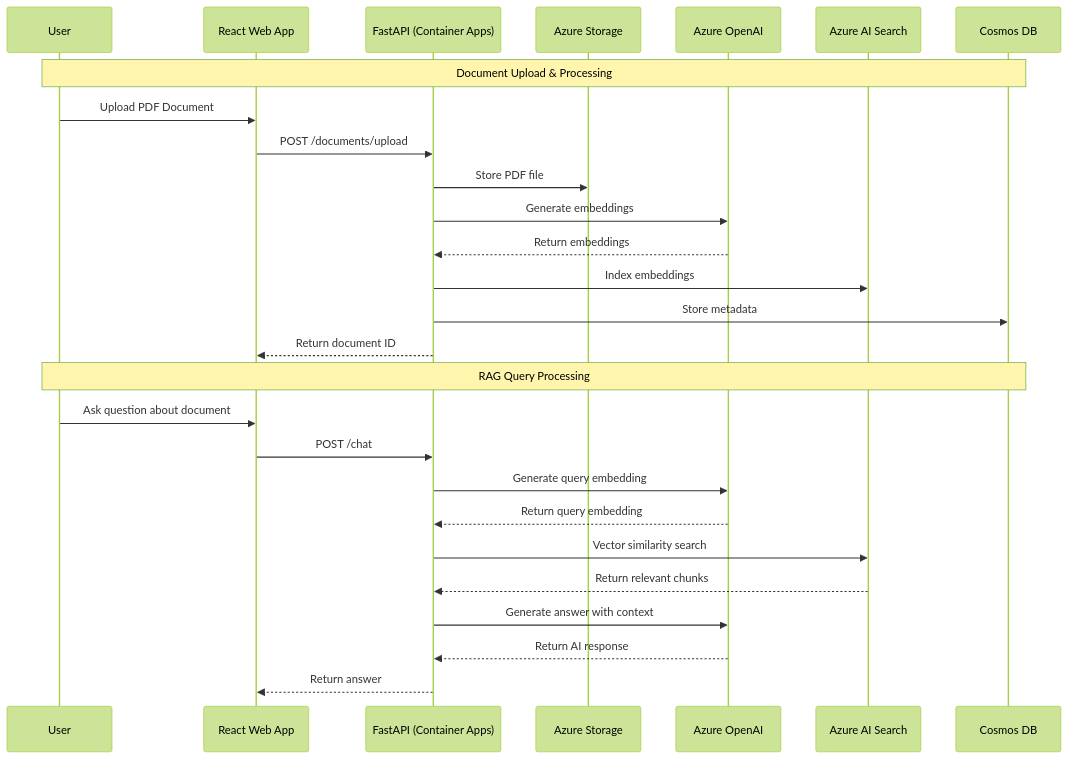
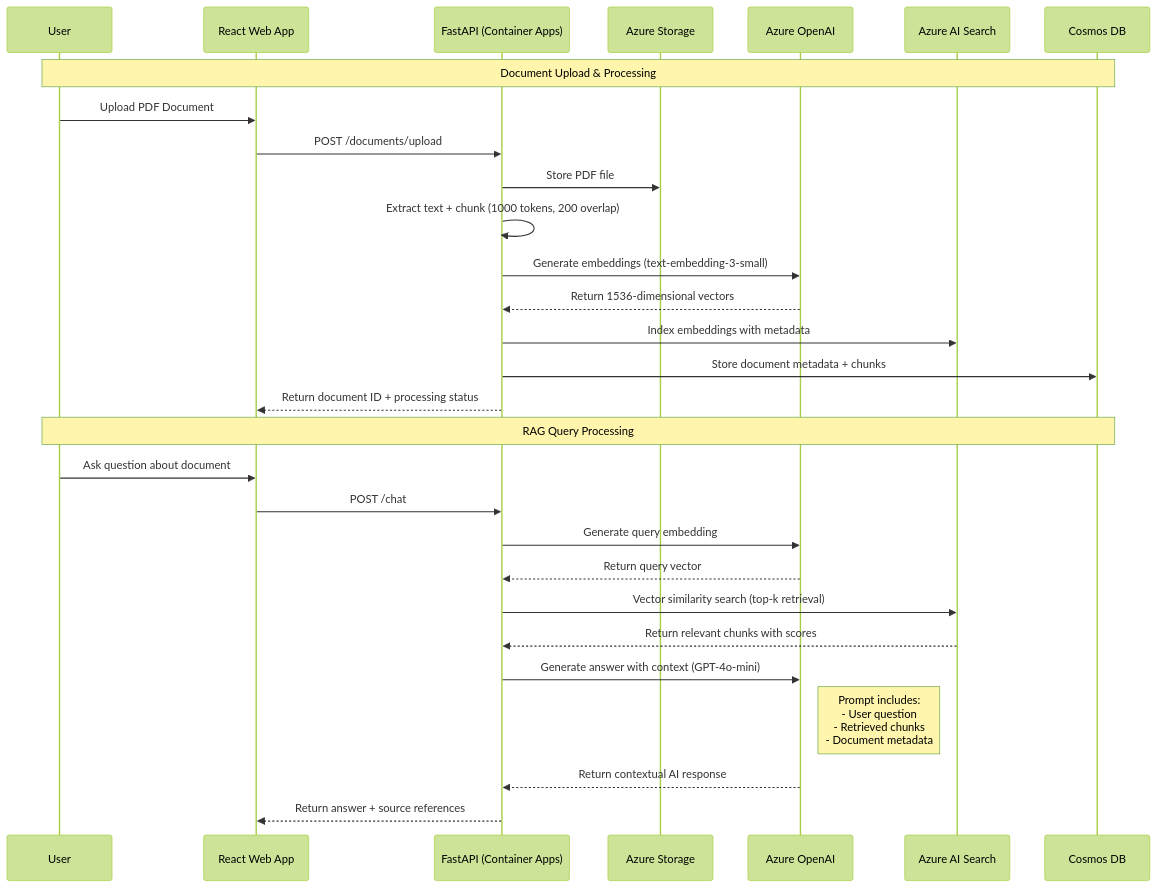
The second of 2 diagrams in README.md (gitpavleenbali/DocGenAI), drawn with Mermaid (forest theme) before and after one commit. The commit also changed other lines of this file and 5 other files, not shown here.

````diff
--- a/README.md
+++ b/README.md
@@ -99,31 +110,33 @@
 ```mermaid
 sequenceDiagram
     participant User
     participant WebApp as React Web App
     participant API as FastAPI (Container Apps)
     participant Storage as Azure Storage
     participant AI as Azure OpenAI
     participant Search as Azure AI Search
     participant Cosmos as Cosmos DB
     
     Note over User,Cosmos: Document Upload & Processing
     User->>WebApp: Upload PDF Document
     WebApp->>API: POST /documents/upload
     API->>Storage: Store PDF file
-    API->>AI: Generate embeddings
-    AI-->>API: Return embeddings
-    API->>Search: Index embeddings
-    API->>Cosmos: Store metadata
-    API-->>WebApp: Return document ID
+    API->>API: Extract text + chunk (1000 tokens, 200 overlap)
+    API->>AI: Generate embeddings (text-embedding-3-small)
+    AI-->>API: Return 1536-dimensional vectors
+    API->>Search: Index embeddings with metadata
+    API->>Cosmos: Store document metadata + chunks
+    API-->>WebApp: Return document ID + processing status
     
     Note over User,Cosmos: RAG Query Processing
     User->>WebApp: Ask question about document
     WebApp->>API: POST /chat
     API->>AI: Generate query embedding
-    AI-->>API: Return query embedding
-    API->>Search: Vector similarity search
-    Search-->>API: Return relevant chunks
-    API->>AI: Generate answer with context
-    AI-->>API: Return AI response
-    API-->>WebApp: Return answer
+    AI-->>API: Return query vector
+    API->>Search: Vector similarity search (top-k retrieval)
+    Search-->>API: Return relevant chunks with scores
+    API->>AI: Generate answer with context (GPT-4o-mini)
+    Note right of AI: Prompt includes:<br/>- User question<br/>- Retrieved chunks<br/>- Document metadata
+    AI-->>API: Return contextual AI response
+    API-->>WebApp: Return answer + source references
 ```
````
